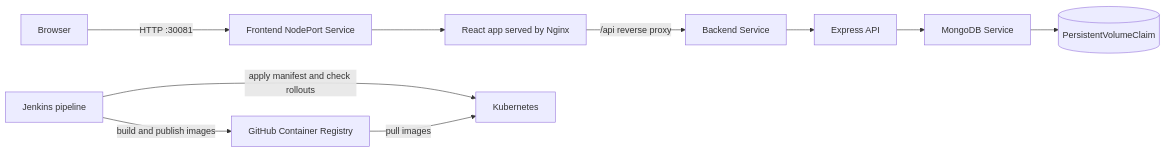
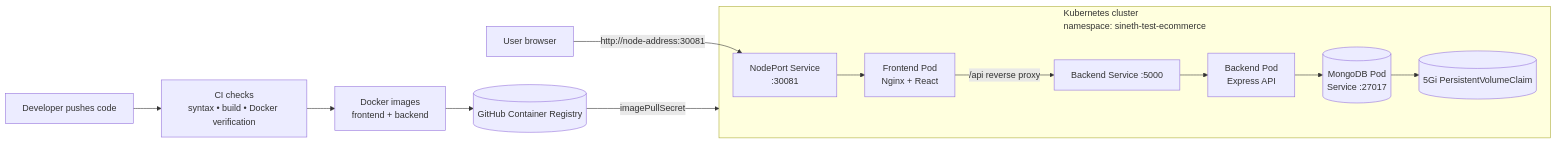
Before and after one commit to sinethch/10-09-2026-Kubernetes: the diagram in README.md, drawn with Mermaid. The commit also changed other lines of this file, not shown here.

````diff
--- a/README.md
+++ b/README.md
@@ -18,12 +39,17 @@
 ```mermaid
 flowchart LR
-    U[Browser] -->|HTTP :30081| S[Frontend NodePort Service]
-    S --> N[React app served by Nginx]
-    N -->|/api reverse proxy| B[Backend Service]
-    B --> E[Express API]
-    E --> M[MongoDB Service]
-    M --> V[(PersistentVolumeClaim)]
-    J[Jenkins pipeline] -->|build and publish images| R[GitHub Container Registry]
-    J -->|apply manifest and check rollouts| K[Kubernetes]
-    R -->|pull images| K
+    Dev[Developer pushes code] --> Checks[CI checks<br/>syntax • build • Docker verification]
+    Checks --> Images[Docker images<br/>frontend + backend]
+    Images --> Registry[(GitHub Container Registry)]
+    Registry -->|imagePullSecret| Cluster
+
+    subgraph Cluster[Kubernetes cluster<br/>namespace: sineth-test-ecommerce]
+        Ingress[NodePort Service<br/>:30081] --> FE[Frontend Pod<br/>Nginx + React]
+        FE -->|/api reverse proxy| BE[Backend Service :5000]
+        BE --> API[Backend Pod<br/>Express API]
+        API --> DB[(MongoDB Pod<br/>Service :27017)]
+        DB --> PVC[(5Gi PersistentVolumeClaim)]
+    end
+
+    User[User browser] -->|http://node-address:30081| Ingress
 ```
````
